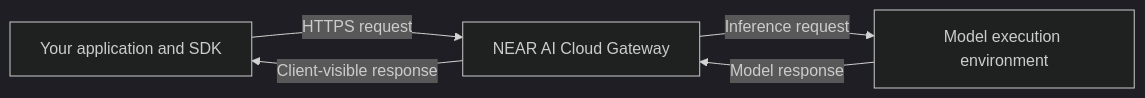
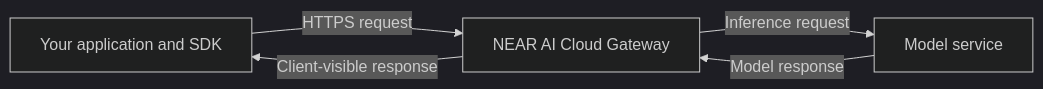
The diagram in cloud/verification/index.mdx (nearai/docs), drawn with Mermaid (dark theme) before and after one commit. The commit also changed other lines of this file, not shown here.

Commit message:
docs: describe gateway and model as service roles

````diff
--- a/cloud/verification/index.mdx
+++ b/cloud/verification/index.mdx
@@ -14,7 +14,7 @@
 ```mermaid
 flowchart LR
     C[Your application and SDK] -->|HTTPS request| G[NEAR AI Cloud Gateway]
-    G -->|Inference request| M[Model execution environment]
+    G -->|Inference request| M[Model service]
     M -->|Model response| G
     G -->|Client-visible response| C
 ```
````
